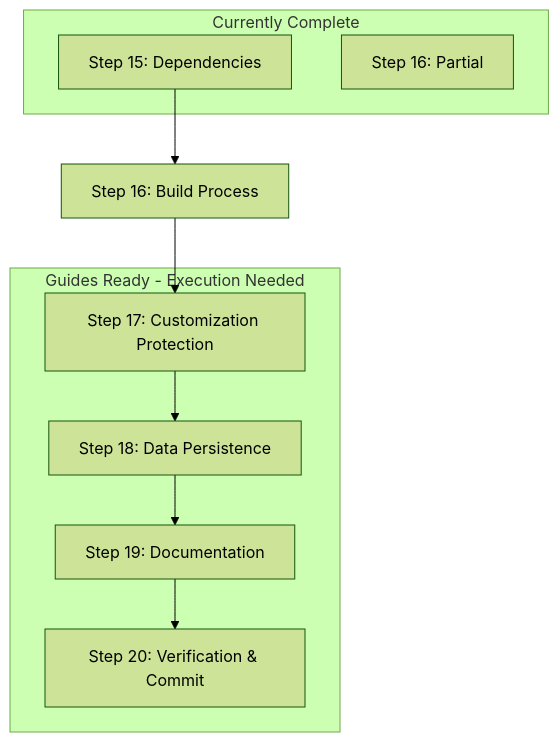
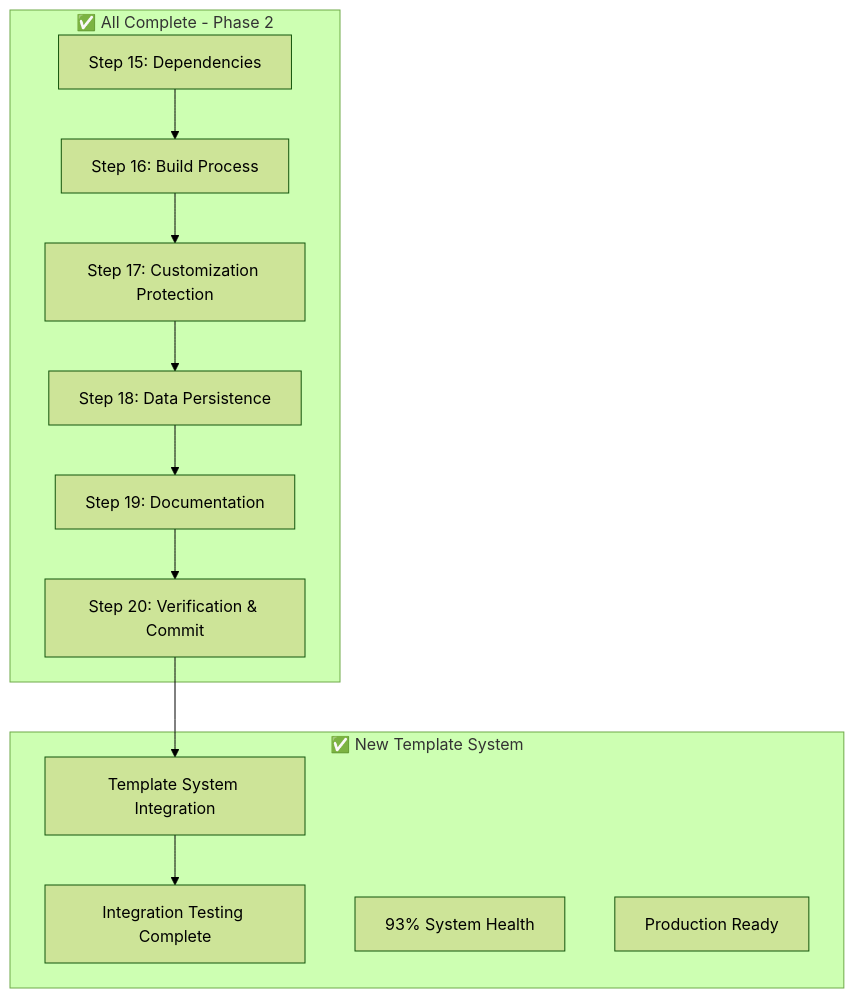
Before and after one commit to rovony/SocietyPal: the diagram in Admin-Local/0-Admin/zaj-Guides/1-Guides-Flows/B-Setup-New-Project/Phase-2-Pre-Deployment-Preparation/1-Steps/PHASE-2-PIPELINE-MASTER.md, drawn with Mermaid (forest theme). The commit also changed other lines of this file and 119 other files, not shown here.

````diff
--- a/Admin-Local/0-Admin/zaj-Guides/1-Guides-Flows/B-Setup-New-Project/Phase-2-Pre-Deployment-Preparation/1-Steps/PHASE-2-PIPELINE-MASTER.md
+++ b/Admin-Local/0-Admin/zaj-Guides/1-Guides-Flows/B-Setup-New-Project/Phase-2-Pre-Deployment-Preparation/1-Steps/PHASE-2-PIPELINE-MASTER.md
@@ -64,20 +76,26 @@
 ```mermaid
 graph TD
     A[Step 15: Dependencies] --> B[Step 16: Build Process]
     B --> C[Step 17: Customization Protection]
     C --> D[Step 18: Data Persistence]
     D --> E[Step 19: Documentation]
     E --> F[Step 20: Verification & Commit]
+    F --> G[Template System Integration]
+    G --> H[Integration Testing Complete]
     
-    subgraph "Currently Complete"
+    subgraph "✅ All Complete - Phase 2"
         A
-        B_PARTIAL[Step 16: Partial]
-    end
-    
-    subgraph "Guides Ready - Execution Needed"
+        B
         C
         D
         E
         F
     end
+    
+    subgraph "✅ New Template System"
+        G
+        H
+        I[93% System Health]
+        J[Production Ready]
+    end
 ```
````
